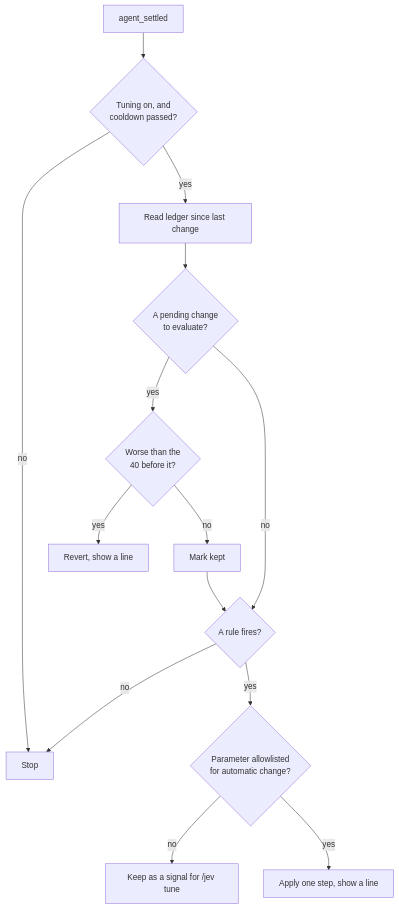
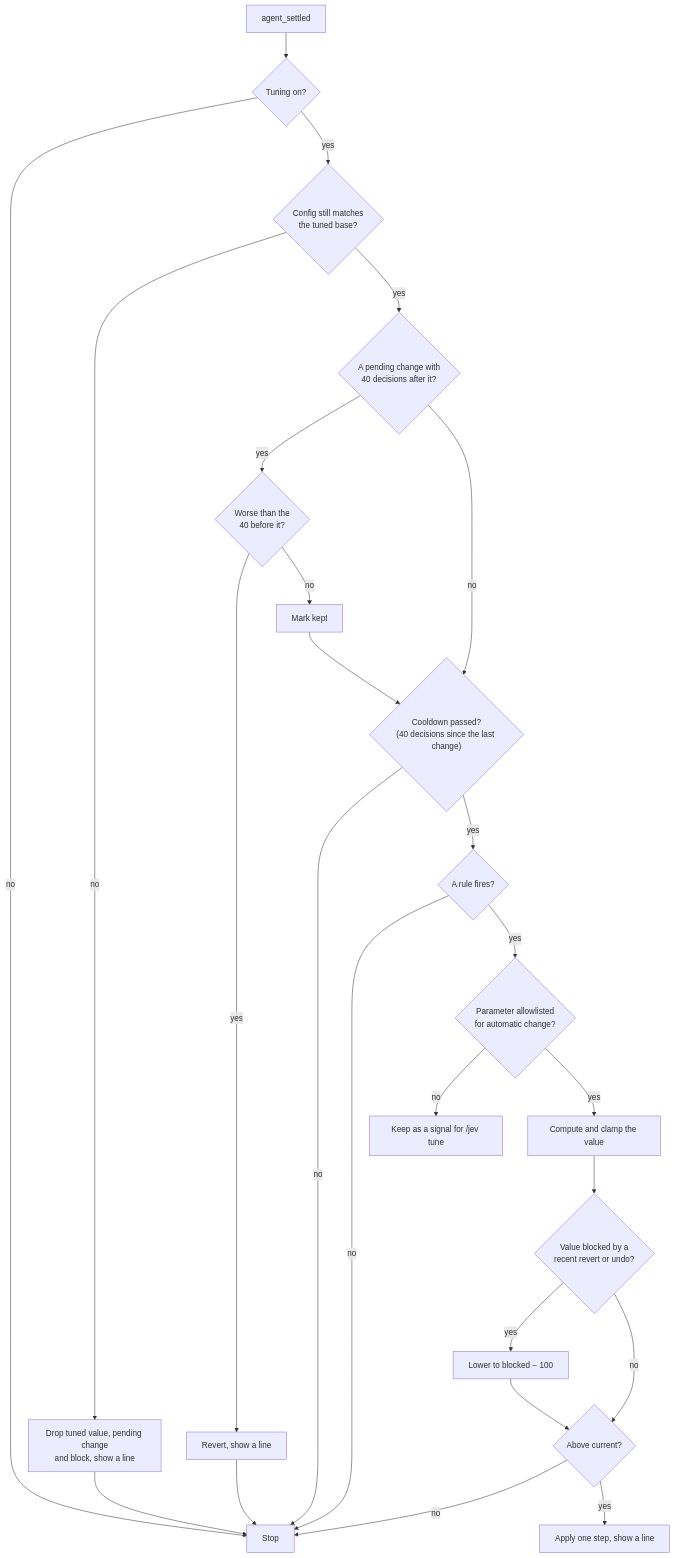
The fourth of 5 diagrams in docs/workflow.md (ttdua/pi-jev-pilot), drawn with Mermaid before and after one commit. The commit also changed 30 other files, not shown here.

````diff
--- a/docs/workflow.md
+++ b/docs/workflow.md
@@ -146,16 +146,27 @@
 ```mermaid
 flowchart TD
-    A["agent_settled"] --> B{"Tuning on, and<br/>cooldown passed?"}
+    A["agent_settled"] --> B{"Tuning on?"}
     B -- no --> Z["Stop"]
-    B -- yes --> C["Read ledger since last change"]
-    C --> D{"A pending change<br/>to evaluate?"}
+    B -- yes --> B2{"Config still matches<br/>the tuned base?"}
+    B2 -- no --> B3["Drop tuned value, pending change<br/>and block, show a line"]
+    B3 --> Z
+    B2 -- yes --> D{"A pending change with<br/>40 decisions after it?"}
     D -- yes --> E{"Worse than the<br/>40 before it?"}
     E -- yes --> F["Revert, show a line"]
+    F --> Z
     E -- no --> G["Mark kept"]
-    D -- no --> H{"A rule fires?"}
-    G --> H
+    D -- no --> CD
+    G --> CD{"Cooldown passed?<br/>(40 decisions since the last change)"}
+    CD -- no --> Z
+    CD -- yes --> H{"A rule fires?"}
     H -- no --> Z
     H -- yes --> I{"Parameter allowlisted<br/>for automatic change?"}
     I -- no --> J["Keep as a signal for /jev tune"]
-    I -- yes --> K["Apply one step, show a line"]
+    I -- yes --> N["Compute and clamp the value"]
+    N --> L{"Value blocked by a<br/>recent revert or undo?"}
+    L -- yes --> M["Lower to blocked − 100"]
+    L -- no --> Q{"Above current?"}
+    M --> Q
+    Q -- no --> Z
+    Q -- yes --> K["Apply one step, show a line"]
 ```
````
